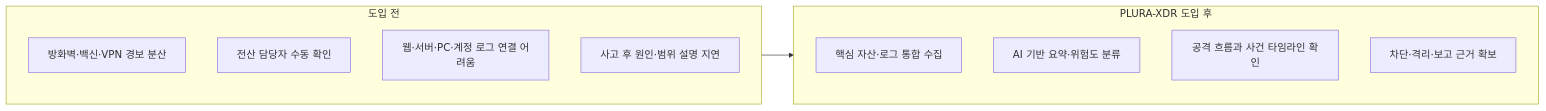
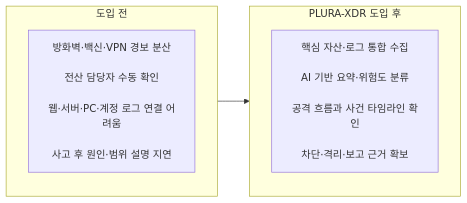
Before and after one commit to qubitsec/blog: the second of 2 diagrams in content/ko/column/local-manufacturing-plura-xdr.md, drawn with Mermaid.

````diff
--- a/content/ko/column/local-manufacturing-plura-xdr.md
+++ b/content/ko/column/local-manufacturing-plura-xdr.md
@@ -253,20 +253,12 @@
 ```mermaid
 flowchart LR
     subgraph Before[도입 전]
-        direction TB
-        B1[방화벽·백신·VPN 경보 분산]
-        B2[전산 담당자 수동 확인]
-        B3[웹·서버·PC·계정 로그 연결 어려움]
-        B4[사고 후 원인·범위 설명 지연]
+        B1["방화벽·백신·VPN 경보 분산<br><br>전산 담당자 수동 확인<br><br>웹·서버·PC·계정 로그 연결 어려움<br><br>사고 후 원인·범위 설명 지연"]
     end
 
     subgraph After[PLURA-XDR 도입 후]
-        direction TB
-        A1[핵심 자산·로그 통합 수집]
-        A2[AI 기반 요약·위험도 분류]
-        A3[공격 흐름과 사건 타임라인 확인]
-        A4[차단·격리·보고 근거 확보]
+        A1["핵심 자산·로그 통합 수집<br><br>AI 기반 요약·위험도 분류<br><br>공격 흐름과 사건 타임라인 확인<br><br>차단·격리·보고 근거 확보"]
     end
 
     Before --> After
 ```
````
